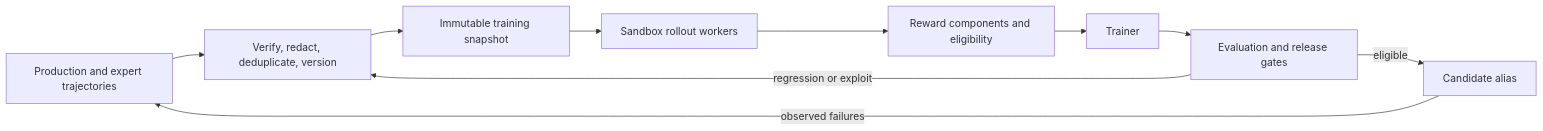
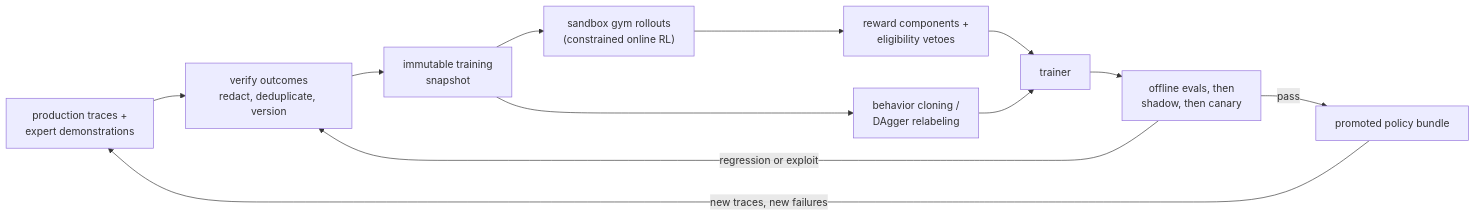
One commit to omkarsarde/agentic-engineering changed the second of 2 diagrams in chapters/23-training-agents-rl.qmd. Above: the diagram before and after it, drawn with Mermaid. The commit also changed other lines of this file and 2 other files, not shown here.

Commit message:
Redo ch23: 23-training-agents-rl to d2l style (parallel wave 2)

````diff
--- a/chapters/23-training-agents-rl.qmd
+++ b/chapters/23-training-agents-rl.qmd
@@ -344,15 +1145,17 @@
 ```{mermaid}
-%%| label: fig-ch23-training-flywheel
-%%| fig-cap: "The production flywheel has two trust boundaries: outcomes must be curated before training, and learned weights must pass gates before serving."
-%%| fig-alt: "Production traces flow through outcome verification and privacy curation into a versioned trajectory snapshot. Sandbox rollout workers and a reward service feed a trainer. The candidate policy goes through offline evaluation, shadow and canary gates, and may be promoted or rolled back."
+%%| echo: false
+%%| label: fig-ch23-flywheel
+%%| fig-cap: "How do verified outcomes become a better policy without an unverified policy reaching users? The flywheel's two trust boundaries: trajectories are verified, redacted, and versioned before anything trains on them, and a trained candidate passes offline evaluation, shadow, and canary gates before promotion — with rollback restoring the complete prior bundle, not just weights."
 flowchart LR
-    P["Production and expert trajectories"] --> C["Verify, redact, deduplicate, version"]
-    C --> S["Immutable training snapshot"]
-    S --> W["Sandbox rollout workers"]
-    W --> R["Reward components and eligibility"]
-    R --> T["Trainer"]
-    T --> G["Evaluation and release gates"]
-    G -->|"eligible"| A["Candidate alias"]
+    P["production traces +<br/>expert demonstrations"] --> C["verify outcomes<br/>redact, deduplicate, version"]
+    C --> S["immutable training<br/>snapshot"]
+    S --> B["behavior cloning /<br/>DAgger relabeling"]
+    S --> W["sandbox gym rollouts<br/>(constrained online RL)"]
+    W --> V["reward components +<br/>eligibility vetoes"]
+    V --> T["trainer"]
+    B --> T
+    T --> G["offline evals, then<br/>shadow, then canary"]
+    G -->|"pass"| A["promoted policy bundle"]
     G -->|"regression or exploit"| C
-    A -->|"observed failures"| P
+    A -->|"new traces, new failures"| P
 ```
````
